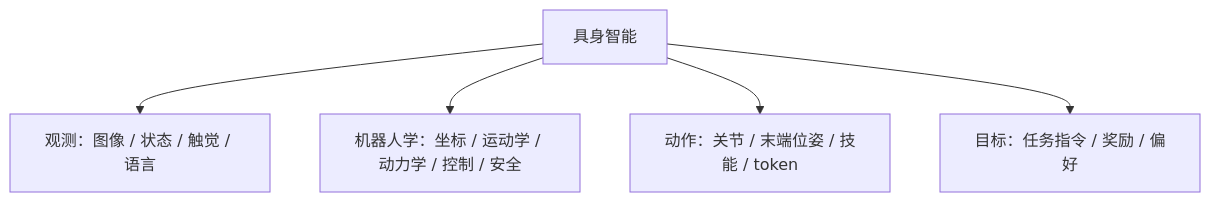
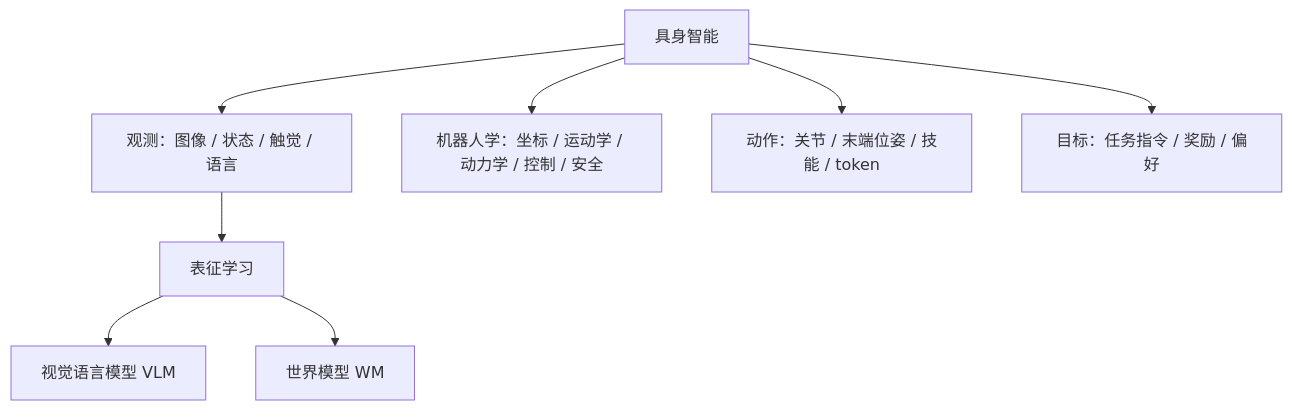
The second of 8 diagrams in docs/knowledge-map.md (Faraday-2024/Embodied-AI-Start), drawn with Mermaid before and after one commit.

````diff
--- a/docs/knowledge-map.md
+++ b/docs/knowledge-map.md
@@ -27,7 +27,11 @@
 ```mermaid
 flowchart TD
     ROOT["具身智能"] --> OBS["观测：图像 / 状态 / 触觉 / 语言"]
     ROOT --> ROB["机器人学：坐标 / 运动学 / 动力学 / 控制 / 安全"]
     ROOT --> ACT["动作：关节 / 末端位姿 / 技能 / token"]
     ROOT --> OBJ["目标：任务指令 / 奖励 / 偏好"]
+
+    OBS --> REP["表征学习"]
+    REP --> VLM["视觉语言模型 VLM"]
+    REP --> WM["世界模型 WM"]
 ```
````
